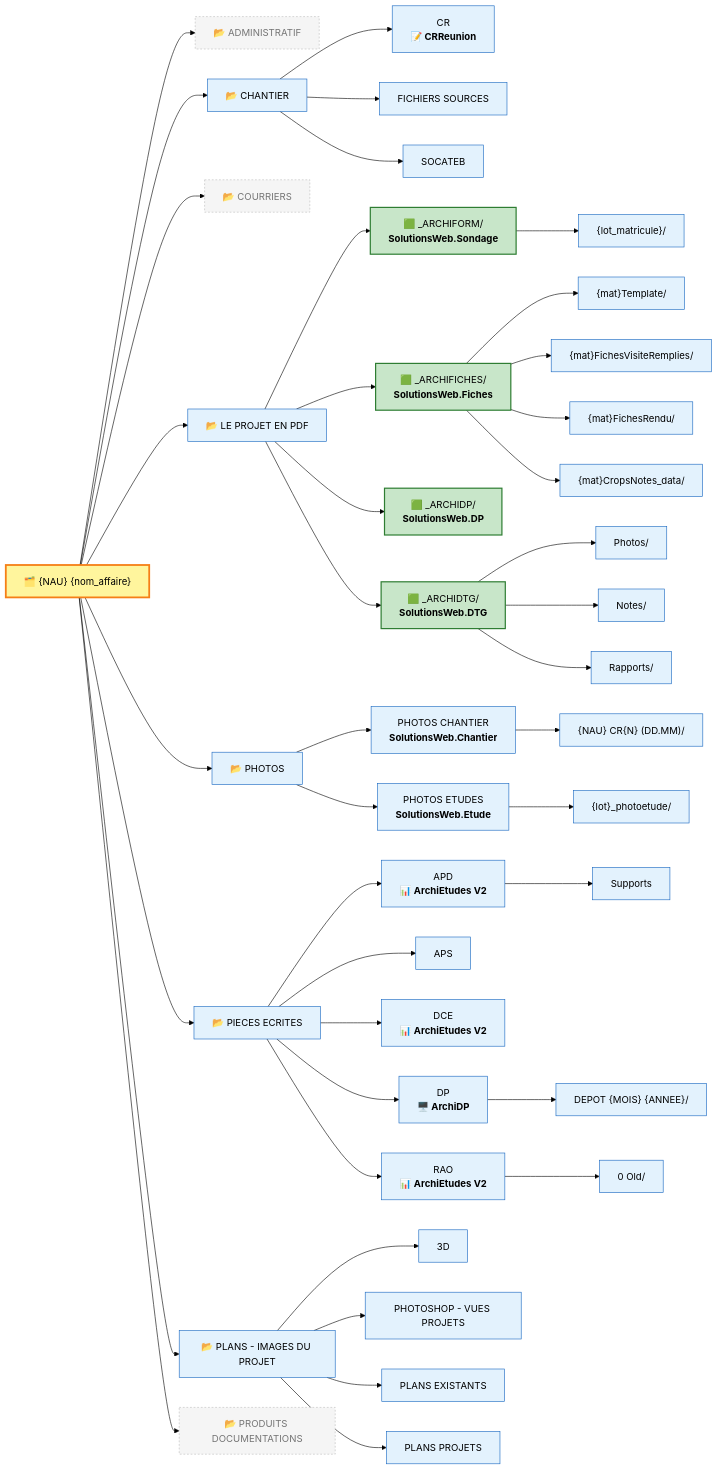
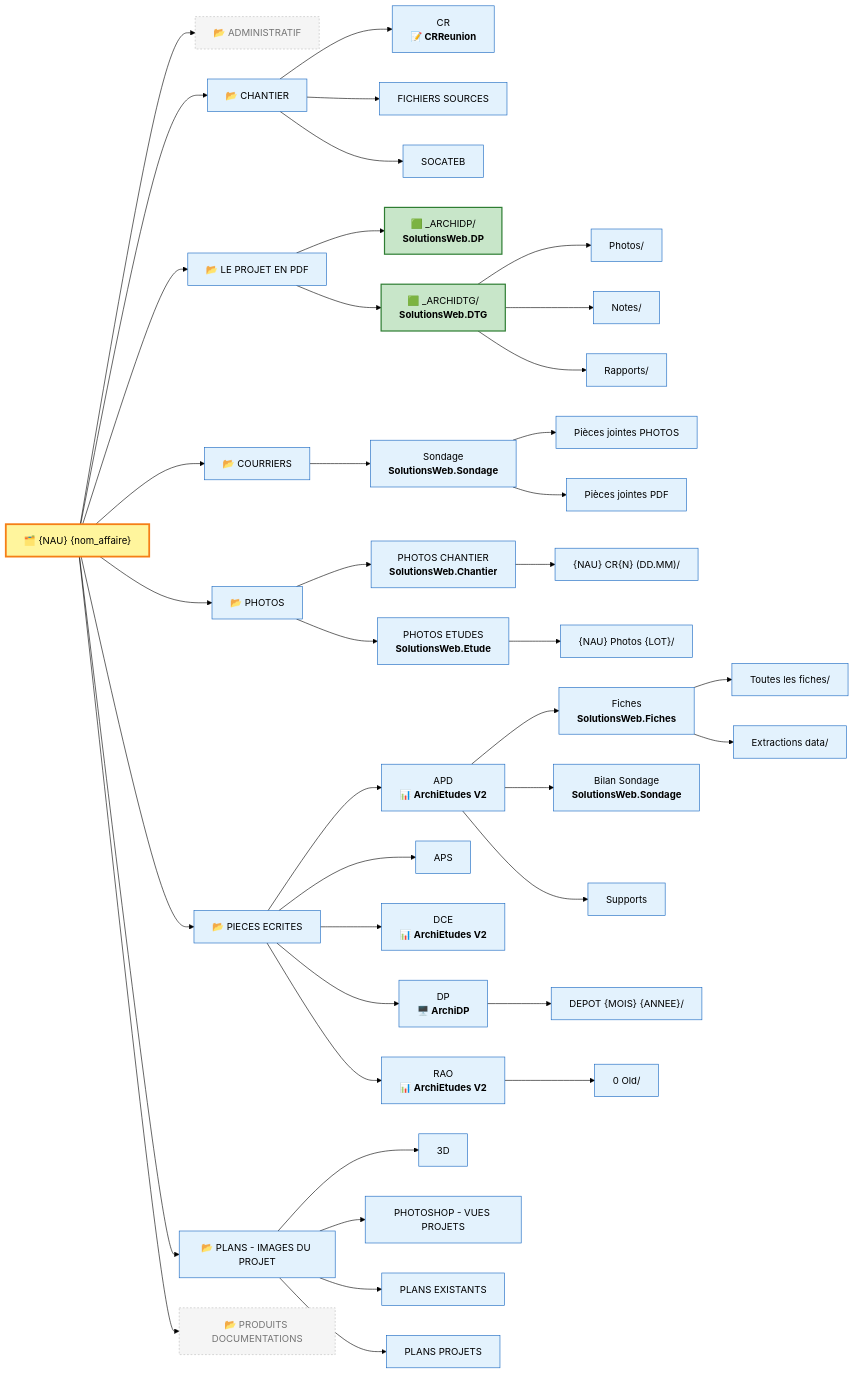
One commit to ArchiGestionV2/.github changed the second of 3 diagrams in profile/README.md. Above: the diagram before and after it, drawn with Mermaid (forest theme). The commit also changed other lines of this file, not shown here.

Commit message:
docs: migration Sondage + Fiches vers arborescence native, _ARCHIFORM et _ARCHIFICHES vestigiels

````diff
--- a/profile/README.md
+++ b/profile/README.md
@@ -146,57 +146,59 @@
 ```mermaid
 flowchart LR
     classDef root fill:#FFF59D,stroke:#F57F17,stroke-width:3px,color:#000
     classDef folder fill:#E3F2FD,stroke:#1565C0,color:#000
     classDef instance fill:#C8E6C9,stroke:#2E7D32,stroke-width:2px,color:#000
     classDef empty fill:#F5F5F5,stroke:#BDBDBD,stroke-dasharray:3 3,color:#757575
 
     ROOT["🗂️ {NAU} {nom_affaire}"]:::root
 
     ROOT --> ADMIN["📂 ADMINISTRATIF"]:::empty
     ROOT --> CHANTIER["📂 CHANTIER"]:::folder
-    ROOT --> COURRIERS["📂 COURRIERS"]:::empty
+    ROOT --> COURRIERS["📂 COURRIERS"]:::folder
     ROOT --> PRJPDF["📂 LE PROJET EN PDF"]:::folder
     ROOT --> PHOTOS["📂 PHOTOS"]:::folder
     ROOT --> PE["📂 PIECES ECRITES"]:::folder
     ROOT --> PLANS["📂 PLANS - IMAGES DU PROJET"]:::folder
     ROOT --> PRODUITS["📂 PRODUITS DOCUMENTATIONS"]:::empty
 
     CHANTIER --> CR["CR<br/><b>📝 CRReunion</b>"]:::folder
     CHANTIER --> FS["FICHIERS SOURCES"]:::folder
     CHANTIER --> SOC["SOCATEB"]:::folder
 
-    PRJPDF --> ARCHI_FM["🟩 _ARCHIFORM/<br/><b>SolutionsWeb.Sondage</b>"]:::instance
-    PRJPDF --> ARCHI_FI["🟩 _ARCHIFICHES/<br/><b>SolutionsWeb.Fiches</b>"]:::instance
     PRJPDF --> ARCHI_DP["🟩 _ARCHIDP/<br/><b>SolutionsWeb.DP</b>"]:::instance
     PRJPDF --> ARCHI_DTG["🟩 _ARCHIDTG/<br/><b>SolutionsWeb.DTG</b>"]:::instance
-
-    ARCHI_FM --> AFM_LOT["{lot_matricule}/"]:::folder
-    ARCHI_FI --> AFI_TPL["{mat}Template/"]:::folder
-    ARCHI_FI --> AFI_FVR["{mat}FichesVisiteRemplies/"]:::folder
-    ARCHI_FI --> AFI_RND["{mat}FichesRendu/"]:::folder
-    ARCHI_FI --> AFI_CRP["{mat}CropsNotes_data/"]:::folder
     ARCHI_DTG --> ADTG_PH["Photos/"]:::folder
     ARCHI_DTG --> ADTG_NT["Notes/"]:::folder
     ARCHI_DTG --> ADTG_RP["Rapports/"]:::folder
+
+    COURRIERS --> SONDAGE["Sondage<br/><b>SolutionsWeb.Sondage</b>"]:::folder
+    SONDAGE --> PJ_PH["Pièces jointes PHOTOS"]:::folder
+    SONDAGE --> PJ_PDF["Pièces jointes PDF"]:::folder
 
     PHOTOS --> PHCHAN["PHOTOS CHANTIER<br/><b>SolutionsWeb.Chantier</b>"]:::folder
     PHOTOS --> PHET["PHOTOS ETUDES<br/><b>SolutionsWeb.Etude</b>"]:::folder
 
     PHCHAN --> PHCR["{NAU} CR{N} (DD.MM)/"]:::folder
 
     PE --> APD["APD<br/><b>📊 ArchiEtudes V2</b>"]:::folder
     PE --> APS["APS"]:::folder
     PE --> DCE["DCE<br/><b>📊 ArchiEtudes V2</b>"]:::folder
     PE --> DP["DP<br/><b>🖥️ ArchiDP</b>"]:::folder
     PE --> RAO["RAO<br/><b>📊 ArchiEtudes V2</b>"]:::folder
 
     PLANS --> PL3D["3D"]:::folder
     PLANS --> PLPS["PHOTOSHOP - VUES PROJETS"]:::folder
     PLANS --> PLEX["PLANS EXISTANTS"]:::folder
     PLANS --> PLPR["PLANS PROJETS"]:::folder
 
-    PHET --> PHET_LOT["{lot}_photoetude/"]:::folder
+    PHET --> PHET_LOT["{NAU} Photos {LOT}/"]:::folder
+
+    APD --> FICHES["Fiches<br/><b>SolutionsWeb.Fiches</b>"]:::folder
+    APD --> BILAN_S["Bilan Sondage<br/><b>SolutionsWeb.Sondage</b>"]:::folder
     APD --> APD_SUPPORTS["Supports"]:::folder
+
+    FICHES --> FICHES_ALL["Toutes les fiches/"]:::folder
+    FICHES --> FICHES_EXT["Extractions data/"]:::folder
     DP --> DP_DEPOT["DEPOT {MOIS} {ANNEE}/"]:::folder
     RAO --> RAO_OLD["0 Old/"]:::folder
 ```
````
